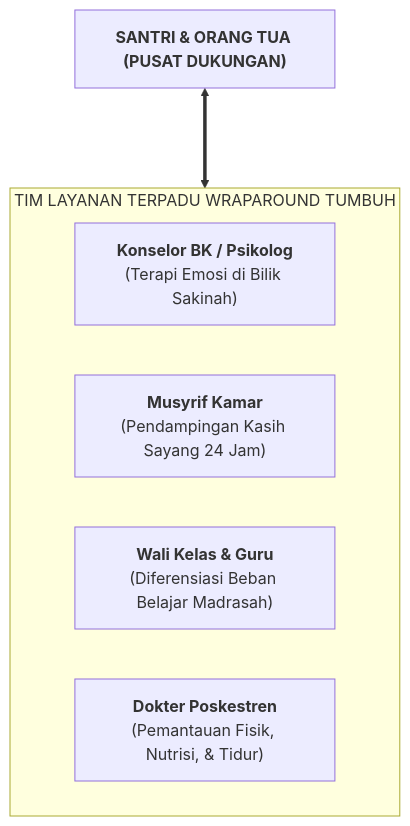
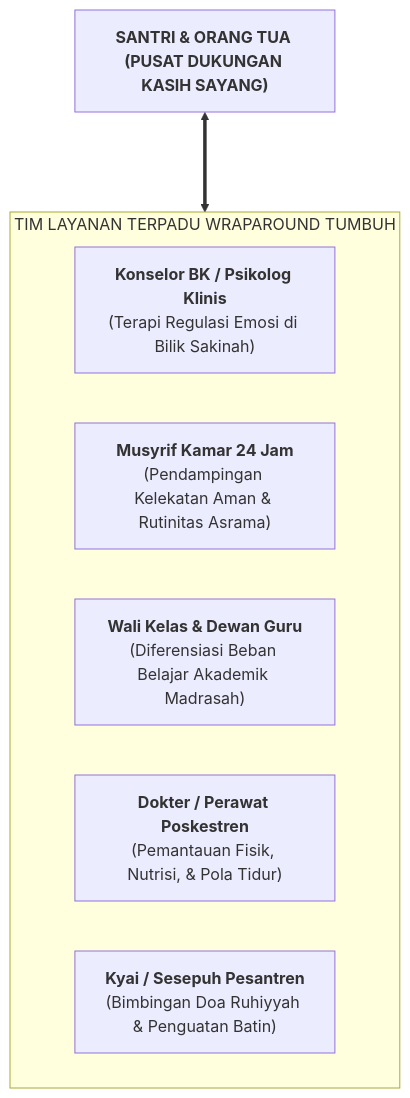
One commit to wandiapriliyandi/tumbuh changed the diagram in BOOK Series 2/Volume-04-Intervensi-PBIS-dan-Disiplin-Restoratif/Bab-04-Intervensi-Tier-3-FBA-dan-BIP/04-Layanan-Terpadu-Wraparound-Services.md. Above: the diagram before and after it, drawn with Mermaid. The commit also changed other lines of this file and 61 other files, not shown here.

````diff
--- a/BOOK Series 2/Volume-04-Intervensi-PBIS-dan-Disiplin-Restoratif/Bab-04-Intervensi-Tier-3-FBA-dan-BIP/04-Layanan-Terpadu-Wraparound-Services.md
+++ b/BOOK Series 2/Volume-04-Intervensi-PBIS-dan-Disiplin-Restoratif/Bab-04-Intervensi-Tier-3-FBA-dan-BIP/04-Layanan-Terpadu-Wraparound-Services.md
@@ -11,13 +11,14 @@
 ```mermaid
 flowchart TD
-    SantriKeluarga["<b>SANTRI & ORANG TUA (PUSAT DUKUNGAN)</b>"]
+    SantriKeluarga["<b>SANTRI & ORANG TUA (PUSAT DUKUNGAN KASIH SAYANG)</b>"]
     
-    subgraph TimPenyelamat["TIM LAYANAN TERPADU WRAPAROUND TUMBUH"]
-        BK["<b>Konselor BK / Psikolog</b><br/>(Terapi Emosi di Bilik Sakinah)"]
-        Musyrif["<b>Musyrif Kamar</b><br/>(Pendampingan Kasih Sayang 24 Jam)"]
-        Guru["<b>Wali Kelas & Guru</b><br/>(Diferensiasi Beban Belajar Madrasah)"]
-        Medis["<b>Dokter Poskestren</b><br/>(Pemantauan Fisik, Nutrisi, & Tidur)"]
+    subgraph TimWraparound["TIM LAYANAN TERPADU WRAPAROUND TUMBUH"]
+        BK["<b>Konselor BK / Psikolog Klinis</b><br/>(Terapi Regulasi Emosi di Bilik Sakinah)"]
+        Musyrif["<b>Musyrif Kamar 24 Jam</b><br/>(Pendampingan Kelekatan Aman & Rutinitas Asrama)"]
+        Guru["<b>Wali Kelas & Dewan Guru</b><br/>(Diferensiasi Beban Belajar Akademik Madrasah)"]
+        Medis["<b>Dokter / Perawat Poskestren</b><br/>(Pemantauan Fisik, Nutrisi, & Pola Tidur)"]
+        Tokoh["<b>Kyai / Sesepuh Pesantren</b><br/>(Bimbingan Doa Ruhiyyah & Penguatan Batin)"]
     end
 
-    SantriKeluarga <===> TimPenyelamat
+    SantriKeluarga <===> TimWraparound
 ```
````
